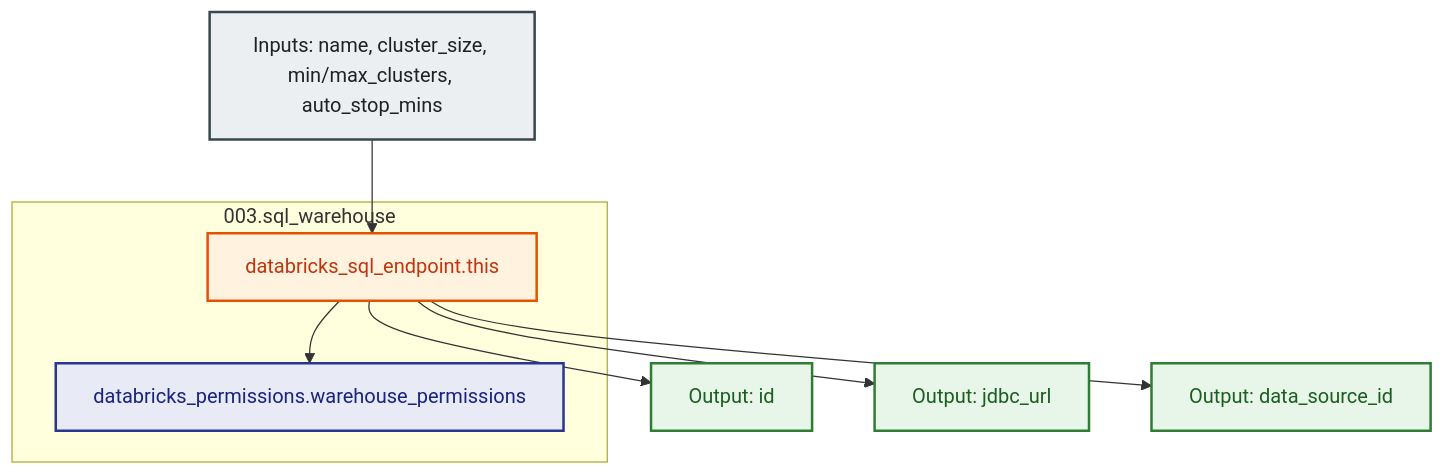
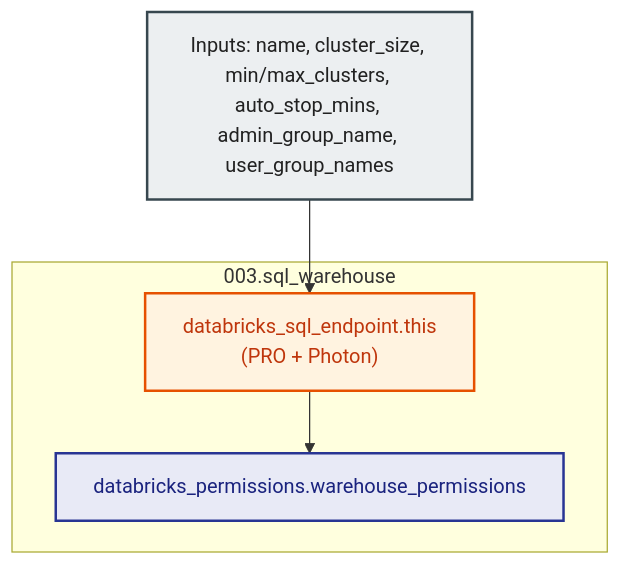
One commit to MikolajSedek/databricks_aws_deployment_03_workspaces_and_compute changed the diagram in modules/05.compute/003.sql_warehouse/README.md. Above: the diagram before and after it, drawn with Mermaid. The commit also changed other lines of this file and 40 other files, not shown here.

````diff
--- a/modules/05.compute/003.sql_warehouse/README.md
+++ b/modules/05.compute/003.sql_warehouse/README.md
@@ -53,25 +55,17 @@
 ```mermaid
 flowchart TD
     classDef input fill:#ECEFF1,stroke:#37474F,stroke-width:2px,color:#212121;
     classDef compute fill:#FFF3E0,stroke:#E65100,stroke-width:2px,color:#BF360C;
     classDef acl fill:#E8EAF6,stroke:#283593,stroke-width:2px,color:#1A237E;
-    classDef out fill:#E8F5E9,stroke:#2E7D32,stroke-width:2px,color:#1B5E20;
 
-    Inputs["Inputs: name, cluster_size, min/max_clusters, auto_stop_mins"]:::input
+    Inputs["Inputs: name, cluster_size, min/max_clusters, auto_stop_mins, admin_group_name, user_group_names"]:::input
 
     subgraph WarehouseModule ["003.sql_warehouse"]
-        WH["databricks_sql_endpoint.this"]:::compute
+        WH["databricks_sql_endpoint.this<br/>(PRO + Photon)"]:::compute
         ACL["databricks_permissions.warehouse_permissions"]:::acl
 
         WH --> ACL
     end
 
-    OutID["Output: id"]:::out
-    OutJDBC["Output: jdbc_url"]:::out
-    OutDS["Output: data_source_id"]:::out
-
     Inputs --> WH
-    WH --> OutID
-    WH --> OutJDBC
-    WH --> OutDS
 ```
````
